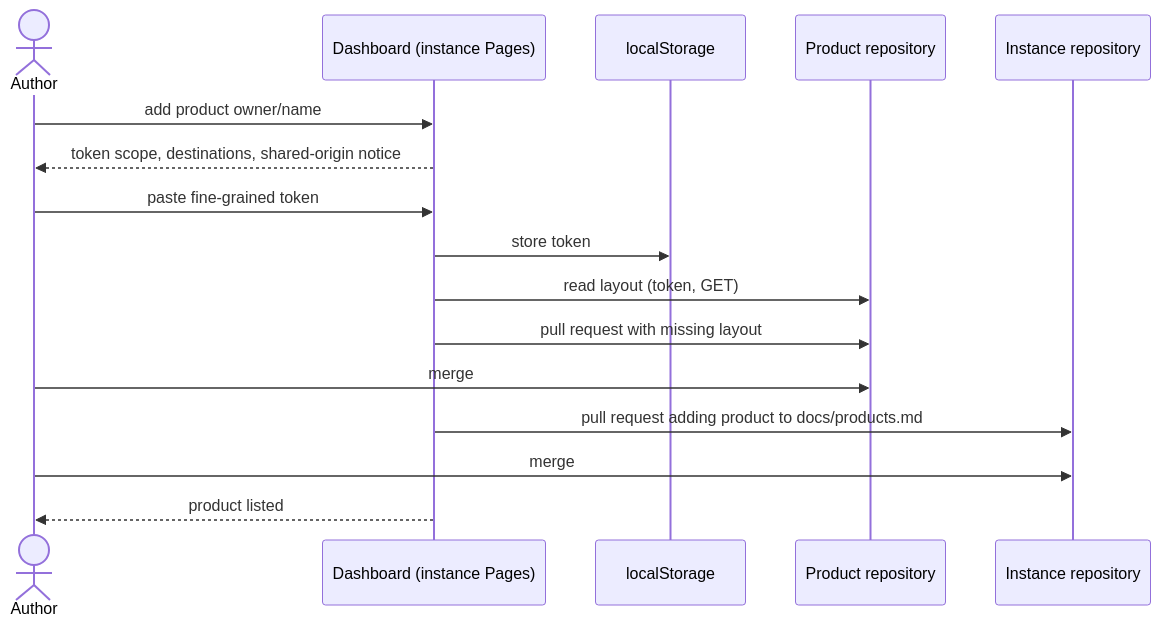
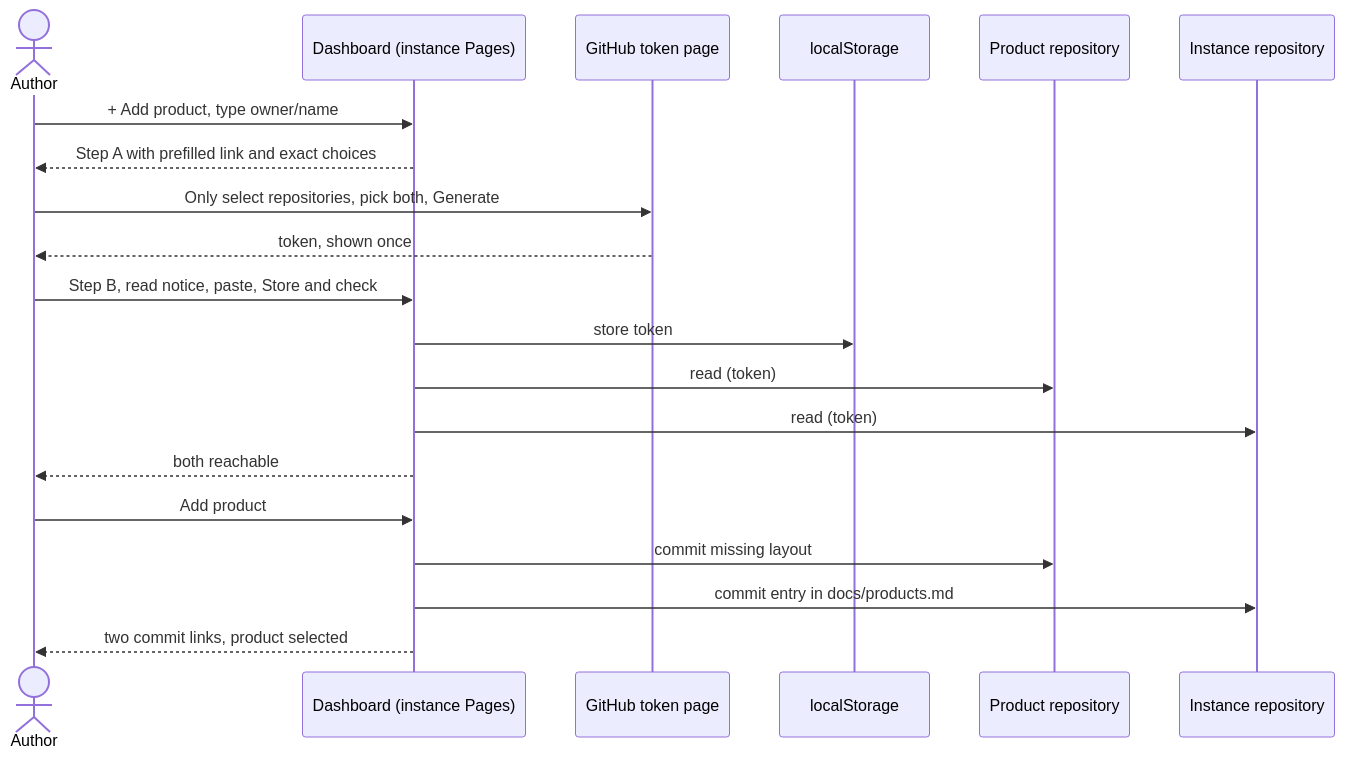
One commit to akmaier/agent-m changed the diagram in docs/use-cases/UC-001-add-a-managed-product.md. Above: the diagram before and after it, drawn with Mermaid. The commit also changed other lines of this file and 11 other files, not shown here.

````diff
--- a/docs/use-cases/UC-001-add-a-managed-product.md
+++ b/docs/use-cases/UC-001-add-a-managed-product.md
@@ -59,18 +77,22 @@
 ```mermaid
 sequenceDiagram
     actor A as Author
     participant D as Dashboard (instance Pages)
+    participant G as GitHub token page
     participant L as localStorage
     participant P as Product repository
     participant I as Instance repository
-    A->>D: add product owner/name
-    D-->>A: token scope, destinations, shared-origin notice
-    A->>D: paste fine-grained token
+    A->>D: + Add product, type owner/name
+    D-->>A: Step A with prefilled link and exact choices
+    A->>G: Only select repositories, pick both, Generate
+    G-->>A: token, shown once
+    A->>D: Step B, read notice, paste, Store and check
     D->>L: store token
-    D->>P: read layout (token, GET)
-    D->>P: pull request with missing layout
-    A->>P: merge
-    D->>I: pull request adding product to docs/products.md
-    A->>I: merge
-    D-->>A: product listed
+    D->>P: read (token)
+    D->>I: read (token)
+    D-->>A: both reachable
+    A->>D: Add product
+    D->>P: commit missing layout
+    D->>I: commit entry in docs/products.md
+    D-->>A: two commit links, product selected
 ```
````
